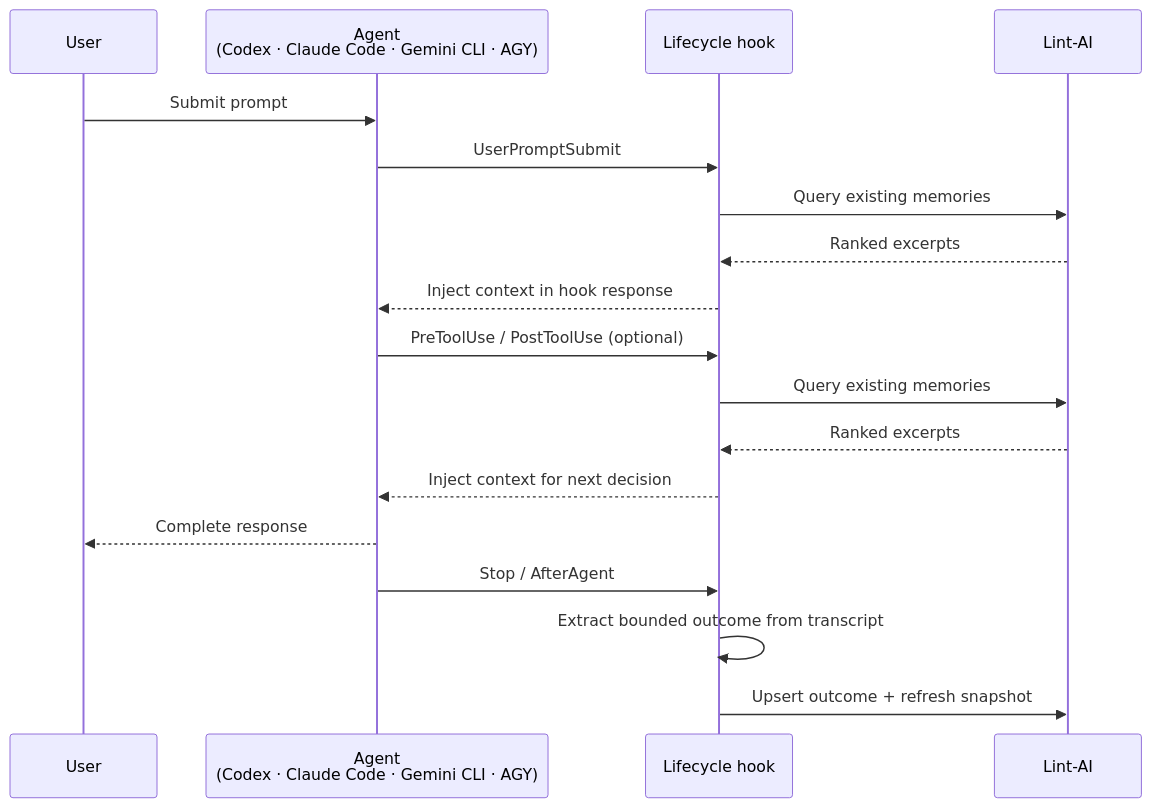
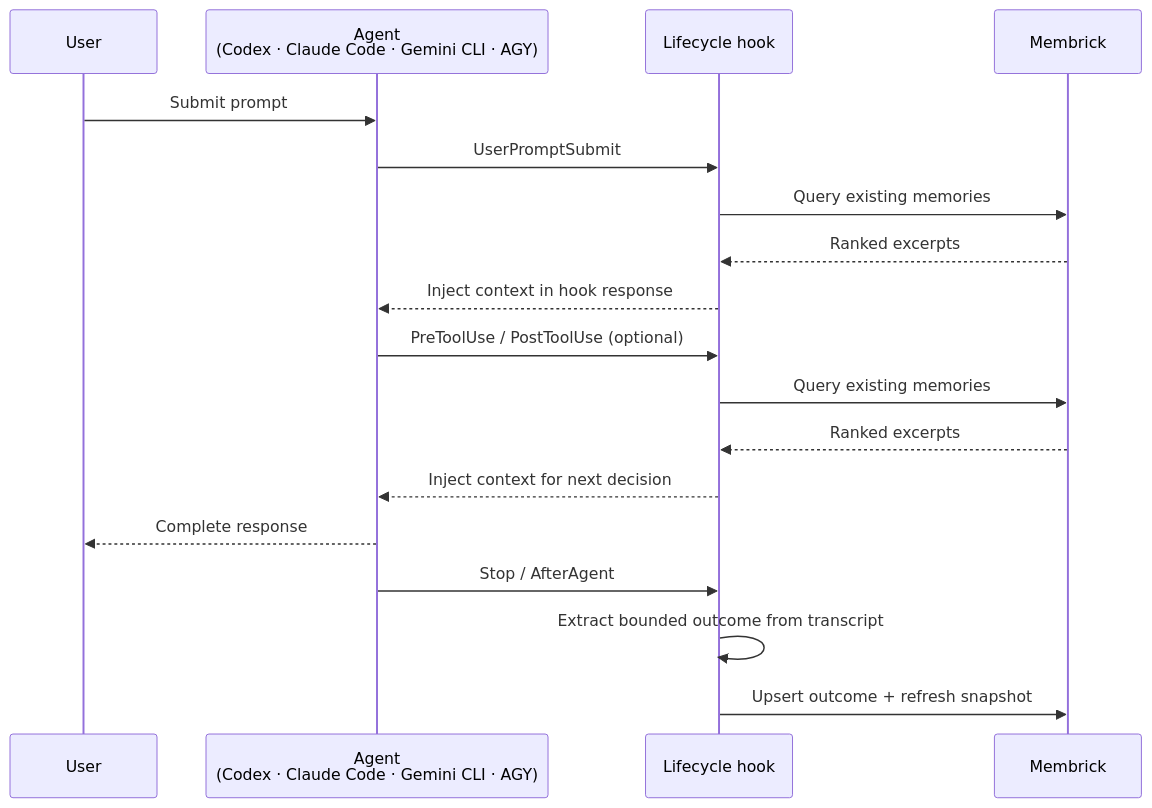
One commit to RooAGI/Lint-AI changed the diagram in docs/agents.md. Above: the diagram before and after it, drawn with Mermaid. The commit also changed other lines of this file and 251 other files, not shown here.

````diff
--- a/docs/agents.md
+++ b/docs/agents.md
@@ -52,21 +52,21 @@
 ```mermaid
 sequenceDiagram
     participant U as User
     participant A as Agent<br/>(Codex · Claude Code · Gemini CLI · AGY)
     participant H as Lifecycle hook
-    participant I as Lint-AI
+    participant I as Membrick
 
     U->>A: Submit prompt
     A->>H: UserPromptSubmit
     H->>I: Query existing memories
     I-->>H: Ranked excerpts
     H-->>A: Inject context in hook response
     A->>H: PreToolUse / PostToolUse (optional)
     H->>I: Query existing memories
     I-->>H: Ranked excerpts
     H-->>A: Inject context for next decision
     A-->>U: Complete response
     A->>H: Stop / AfterAgent
     H->>H: Extract bounded outcome from transcript
     H->>I: Upsert outcome + refresh snapshot
 ```
````
